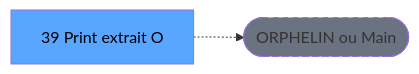
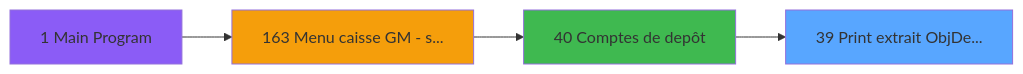
One commit to thonyAGP/magic-migration changed the second of 3 diagrams in .openspec/specs/ADH-IDE-39.md. Above: the diagram before and after it, drawn with Mermaid. The commit also changed other lines of this file and 493 other files, not shown here.

````diff
--- a/.openspec/specs/ADH-IDE-39.md
+++ b/.openspec/specs/ADH-IDE-39.md
@@ -127,8 +334,14 @@
 ```mermaid
 graph LR
-    T[39 Print extrait O]
-    ORPHAN([ORPHELIN ou Main])
-    T -.-> ORPHAN
-    style T fill:#58a6ff,color:#000
-    style ORPHAN fill:#6b7280,stroke-dasharray: 5 5
+    T39[39 Print extrait ObjDe...]
+    style T39 fill:#58a6ff
+    CC1[1 Main Program]
+    style CC1 fill:#8b5cf6
+    CC163[163 Menu caisse GM - s...]
+    style CC163 fill:#f59e0b
+    CC40[40 Comptes de depôt]
+    style CC40 fill:#3fb950
+    CC163 --> CC40
+    CC1 --> CC163
+    CC40 --> T39
 ```
````
